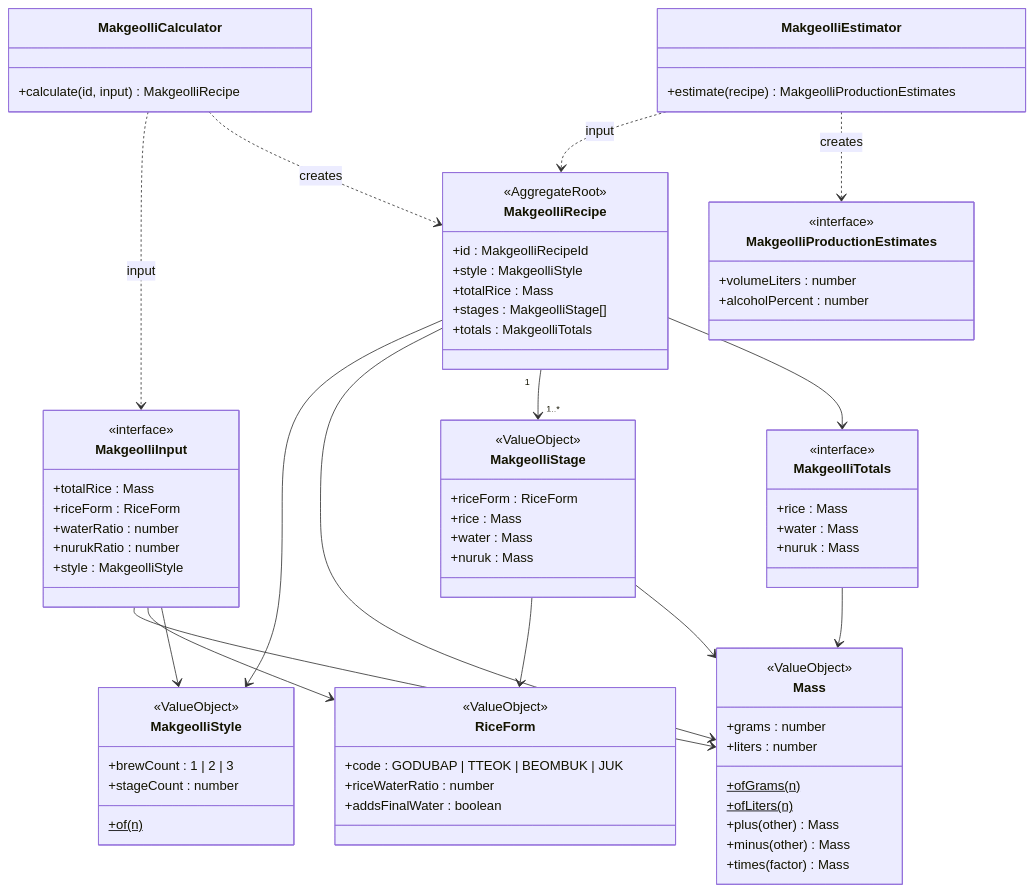
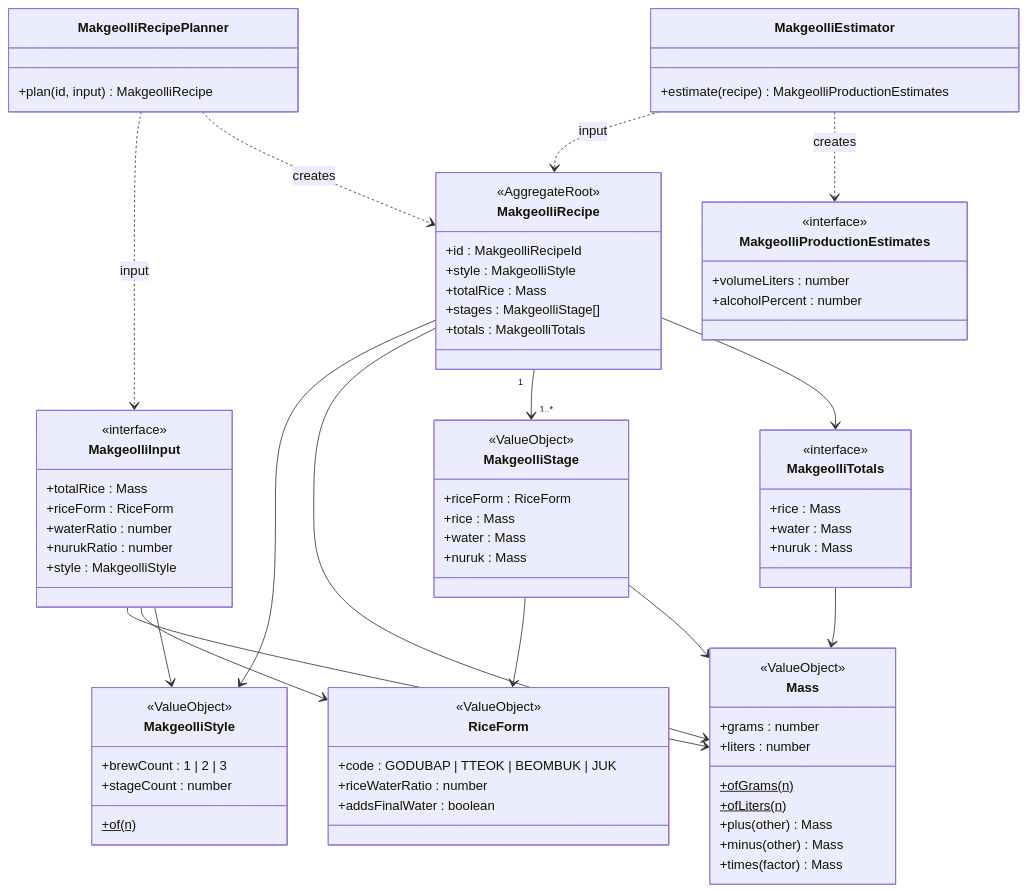
One commit to TransparentDeveloper/alcolmeter changed the diagram in packages/domain/README.md. Above: the diagram before and after it, drawn with Mermaid.

Commit message:
docs: README 다이어그램 MakgeolliRecipePlanner로 업데이트

````diff
--- a/packages/domain/README.md
+++ b/packages/domain/README.md
@@ -7,7 +7,7 @@
 ```mermaid
 classDiagram
-    class MakgeolliCalculator {
-        +calculate(id, input) MakgeolliRecipe
+    class MakgeolliRecipePlanner {
+        +plan(id, input) MakgeolliRecipe
     }
 
     class MakgeolliInput {
@@ -79,8 +79,8 @@
         +alcoholPercent : number
     }
 
-    MakgeolliCalculator ..> MakgeolliInput : input
-    MakgeolliCalculator ..> MakgeolliRecipe : creates
+    MakgeolliRecipePlanner ..> MakgeolliInput : input
+    MakgeolliRecipePlanner ..> MakgeolliRecipe : creates
     MakgeolliInput --> Mass
     MakgeolliInput --> RiceForm
     MakgeolliInput --> MakgeolliStyle
````
